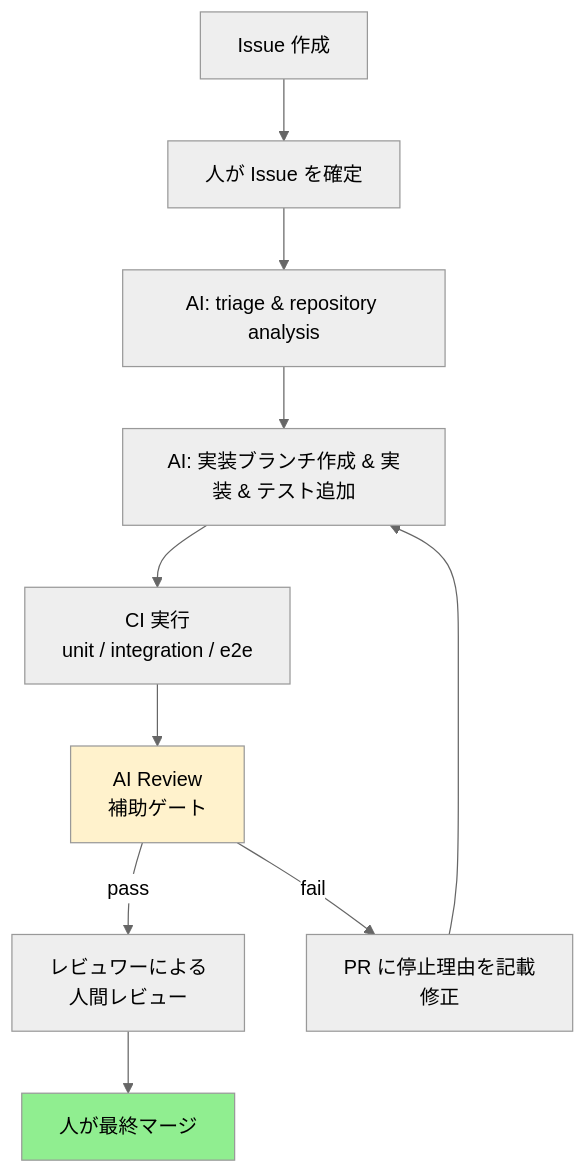
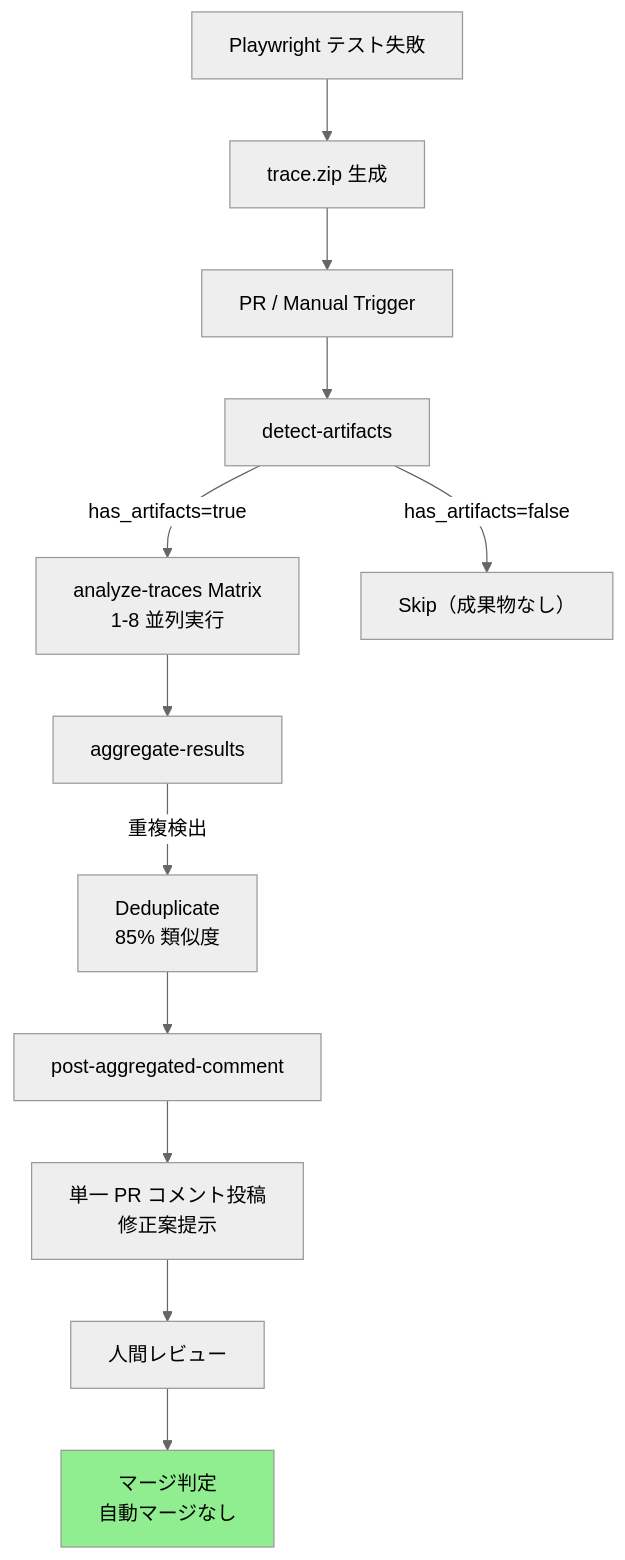
Before and after one commit to cocomomojo/copilot-quality-harness: the diagram in README.md, drawn with Mermaid (neutral theme). The commit also changed other lines of this file and 18 other files, not shown here.

````diff
--- a/README.md
+++ b/README.md
@@ -40,14 +108,15 @@
 ```mermaid
 graph TD
-    A["Issue 作成"] --> B["人が Issue を確定"]
-    B --> C["AI: triage & repository analysis"]
-    C --> D["AI: 実装ブランチ作成 & 実装 & テスト追加"]
-    D --> E["CI 実行<br/>unit / integration / e2e"]
-    E --> F["AI Review<br/>補助ゲート"]
-    F -->|pass| G["レビュワーによる<br/>人間レビュー"]
-    F -->|fail| H["PR に停止理由を記載<br/>修正"]
-    H --> D
-    G --> I["人が最終マージ"]
-    style F fill:#fff2cc
-    style I fill:#90EE90
+    A["Playwright テスト失敗"] --> B["trace.zip 生成"]
+    B --> C["PR / Manual Trigger"]
+    C --> D["detect-artifacts"]
+    D -->|has_artifacts=true| E["analyze-traces Matrix<br/>1-8 並列実行"]
+    D -->|has_artifacts=false| F["Skip（成果物なし）"]
+    E --> G["aggregate-results"]
+    G -->|重複検出| H["Deduplicate<br/>85% 類似度"]
+    H --> I["post-aggregated-comment"]
+    I --> J["単一 PR コメント投稿<br/>修正案提示"]
+    J --> K["人間レビュー"]
+    K --> L["マージ判定<br/>自動マージなし"]
+    style L fill:#90EE90
 ```
````
